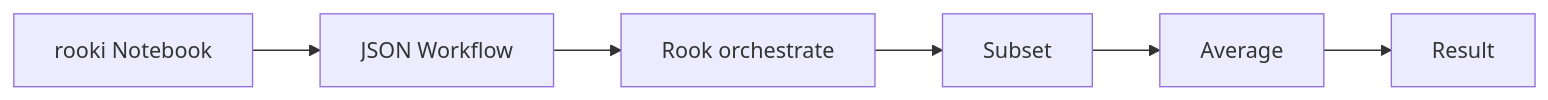
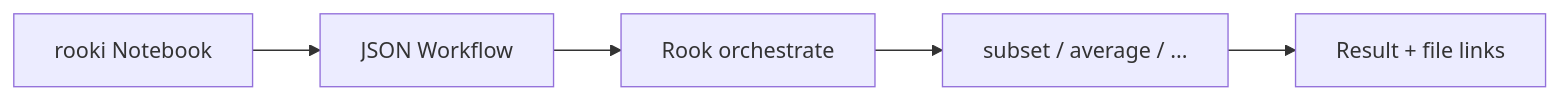
Before and after one commit to roocs/rook: the fifth of 18 diagrams in ARCH_ESGF2.md, drawn with Mermaid. The commit also changed other lines of this file, not shown here.

````diff
--- a/ARCH_ESGF2.md
+++ b/ARCH_ESGF2.md
@@ -104,15 +177,13 @@
 ```mermaid
 flowchart LR
     Notebook[rooki Notebook]
     Workflow[JSON Workflow]
     Rook[Rook orchestrate]
-    Subset[Subset]
-    Average[Average]
-    Result[Result]
+    Process[subset / average / ...]
+    Result[Result + file links]
 
     Notebook --> Workflow
     Workflow --> Rook
-    Rook --> Subset
-    Subset --> Average
-    Average --> Result
+    Rook --> Process
+    Process --> Result
 ```
````
